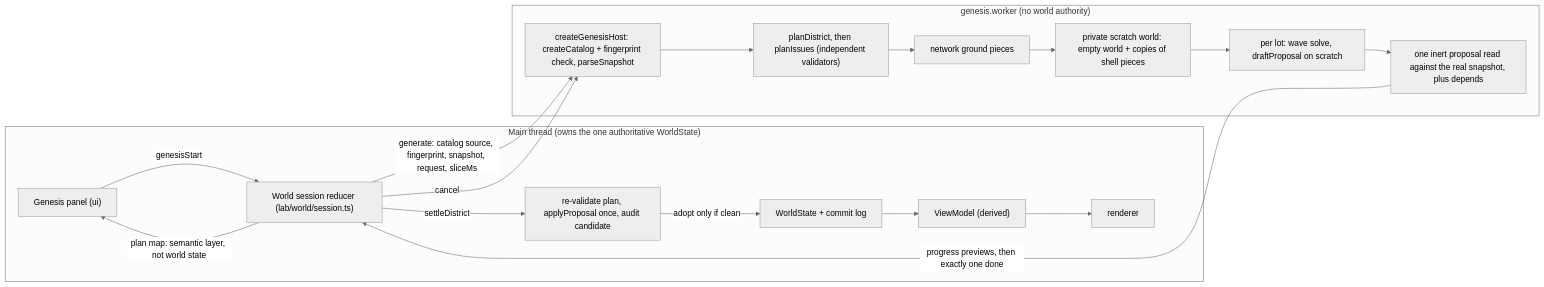
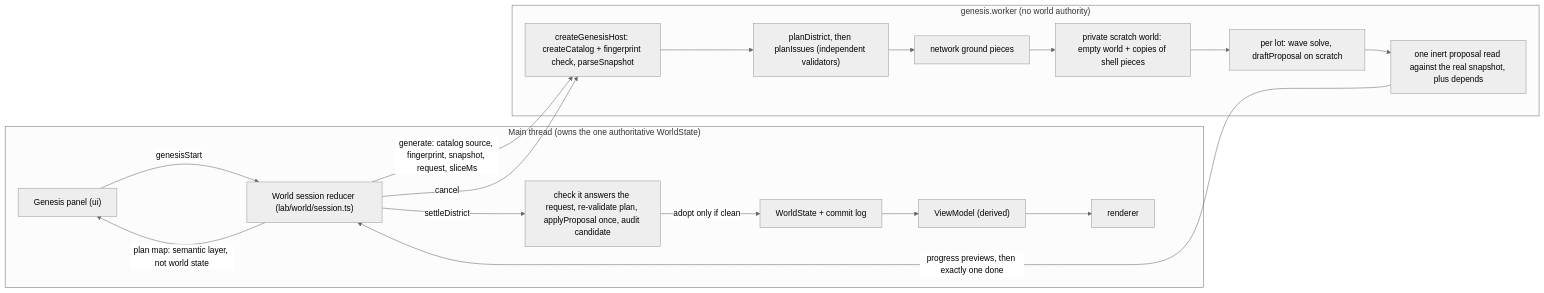
Before and after one commit to cuongtranba/eschaton: the fourth of 4 diagrams in docs/architecture/overview.md, drawn with Mermaid (neutral theme). The commit also changed other lines of this file, not shown here.

Commit message:
Docs: overview states the settlement request checks and the wind formula merged with PR #9

````diff
--- a/docs/architecture/overview.md
+++ b/docs/architecture/overview.md
@@ -213,23 +213,23 @@
 ```mermaid
 flowchart LR
   subgraph MAIN["Main thread (owns the one authoritative WorldState)"]
     UI["Genesis panel (ui)"] -- "genesisStart" --> SES["World session reducer (lab/world/session.ts)"]
-    SES -- "settleDistrict" --> SET["re-validate plan, applyProposal once, audit candidate"]
+    SES -- "settleDistrict" --> SET["check it answers the request, re-validate plan, applyProposal once, audit candidate"]
     SET -- "adopt only if clean" --> WLD["WorldState + commit log"]
     WLD --> VM["ViewModel (derived)"]
     VM --> REN["renderer"]
     SES -- "plan map: semantic layer, not world state" --> UI
   end
   subgraph WORKER["genesis.worker (no world authority)"]
     HOST["createGenesisHost: createCatalog + fingerprint check, parseSnapshot"]
     PLAN["planDistrict, then planIssues (independent validators)"]
     NET["network ground pieces"]
     SCR["private scratch world: empty world + copies of shell pieces"]
     LOT["per lot: wave solve, draftProposal on scratch"]
     OUT["one inert proposal read against the real snapshot, plus depends"]
     HOST --> PLAN --> NET --> SCR --> LOT --> OUT
   end
   SES -- "generate: catalog source, fingerprint, snapshot, request, sliceMs" --> HOST
   SES -- "cancel" --> HOST
   OUT -- "progress previews, then exactly one done" --> SES
 ```
````
